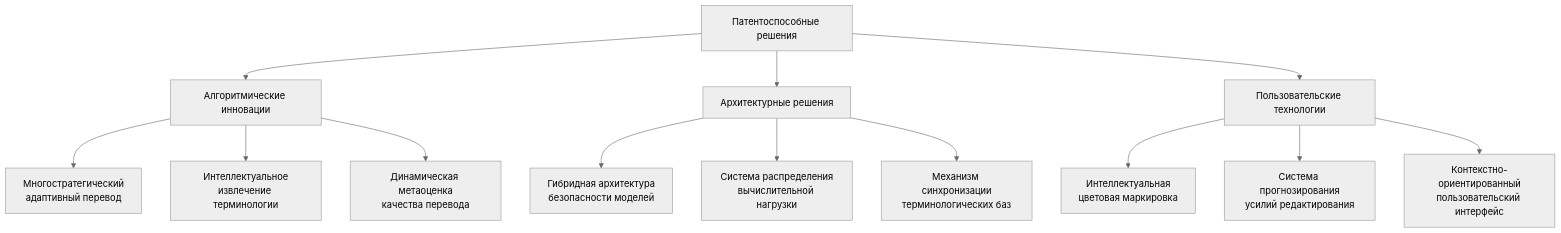
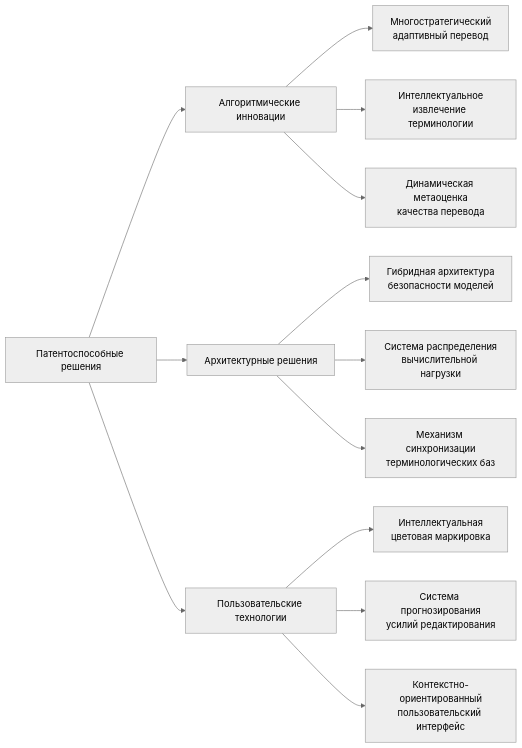
Before and after one commit to aozhuravlev/--TRANSLATOR--: the first of 2 diagrams in Business docs/Detailed Business Plan/04 - Engineering implementation/4.6.1. Патентоспособные технологические решения.md, drawn with Mermaid (neutral theme). The commit also changed other lines of this file and 40 other files, not shown here.

Commit message:
fc's to mermaid

````diff
--- a/Business docs/Detailed Business Plan/04 - Engineering implementation/4.6.1. Патентоспособные технологические решения.md
+++ b/Business docs/Detailed Business Plan/04 - Engineering implementation/4.6.1. Патентоспособные технологические решения.md
@@ -3,18 +3,18 @@
 ```mermaid
-flowchart TD
+flowchart LR
     A[Патентоспособные решения] --> B[Алгоритмические инновации]
     A --> C[Архитектурные решения]
     A --> D[Пользовательские технологии]
     
     B --> B1[Многостратегический<br>адаптивный перевод]
     B --> B2[Интеллектуальное<br>извлечение терминологии]
     B --> B3[Динамическая метаоценка<br>качества перевода]
     
     C --> C1[Гибридная архитектура<br>безопасности моделей]
     C --> C2[Система распределения<br>вычислительной нагрузки]
     C --> C3[Механизм синхронизации<br>терминологических баз]
     
     D --> D1[Интеллектуальная<br>цветовая маркировка]
     D --> D2[Система прогнозирования<br>усилий редактирования]
     D --> D3[Контекстно-ориентированный<br>пользовательский интерфейс]
 ```
````
